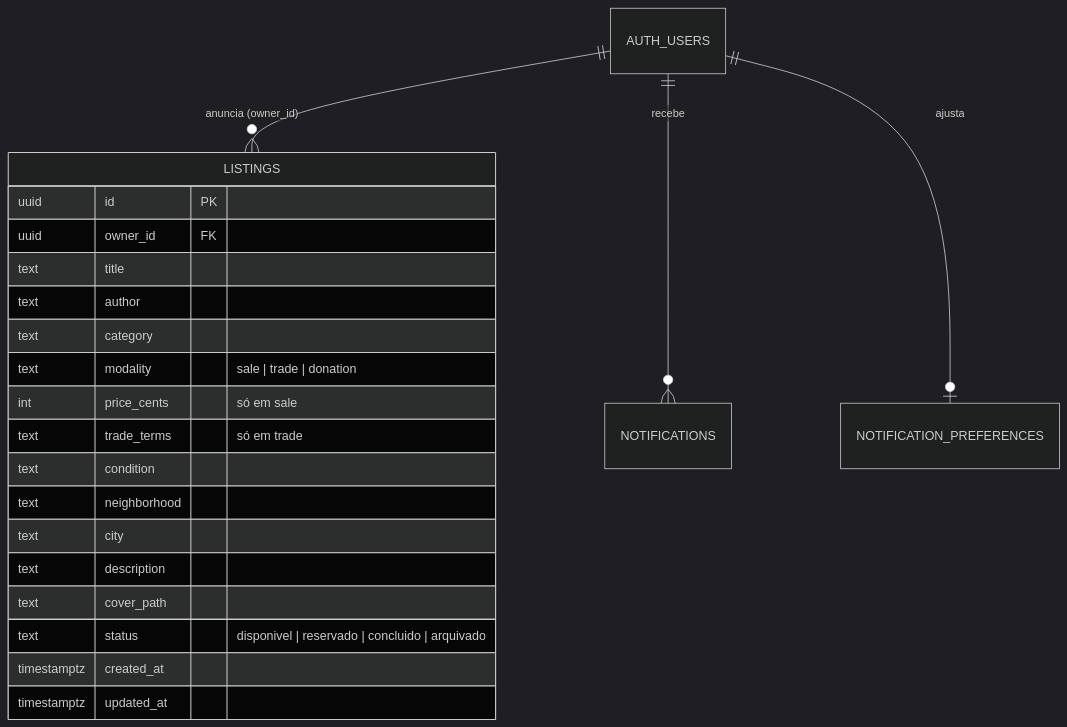
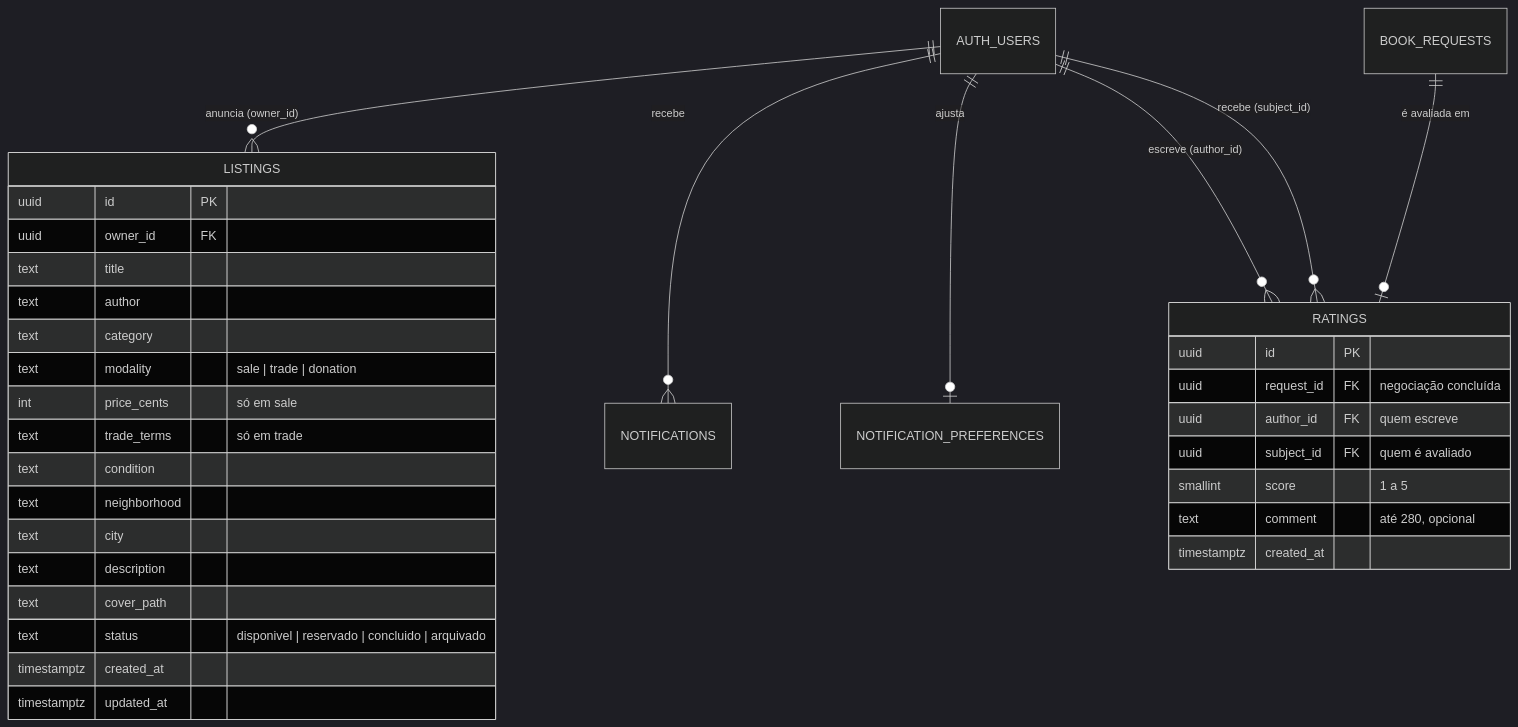
Before and after one commit to Ghostyxseven/IpeBook: the fourth of 8 diagrams in docs/relatorio-pdm.md, drawn with Mermaid (dark theme). The commit also changed other lines of this file, not shown here.

First line of the commit message:
docs(pdm): seção do Eric completa e modelo de dados com ratings (#48)

````diff
--- a/docs/relatorio-pdm.md
+++ b/docs/relatorio-pdm.md
@@ -120,24 +120,36 @@
 ```mermaid
 erDiagram
   AUTH_USERS ||--o{ LISTINGS : "anuncia (owner_id)"
   AUTH_USERS ||--o{ NOTIFICATIONS : "recebe"
   AUTH_USERS ||--o| NOTIFICATION_PREFERENCES : "ajusta"
+  AUTH_USERS ||--o{ RATINGS : "escreve (author_id)"
+  AUTH_USERS ||--o{ RATINGS : "recebe (subject_id)"
+  BOOK_REQUESTS ||--o| RATINGS : "é avaliada em"
+  RATINGS {
+    uuid id PK
+    uuid request_id FK "negociação concluída"
+    uuid author_id FK "quem escreve"
+    uuid subject_id FK "quem é avaliado"
+    smallint score "1 a 5"
+    text comment "até 280, opcional"
+    timestamptz created_at
+  }
   LISTINGS {
     uuid id PK
     uuid owner_id FK
     text title
     text author
     text category
     text modality "sale | trade | donation"
     int price_cents "só em sale"
     text trade_terms "só em trade"
     text condition
     text neighborhood
     text city
     text description
     text cover_path
     text status "disponivel | reservado | concluido | arquivado"
     timestamptz created_at
     timestamptz updated_at
   }
 ```
````
